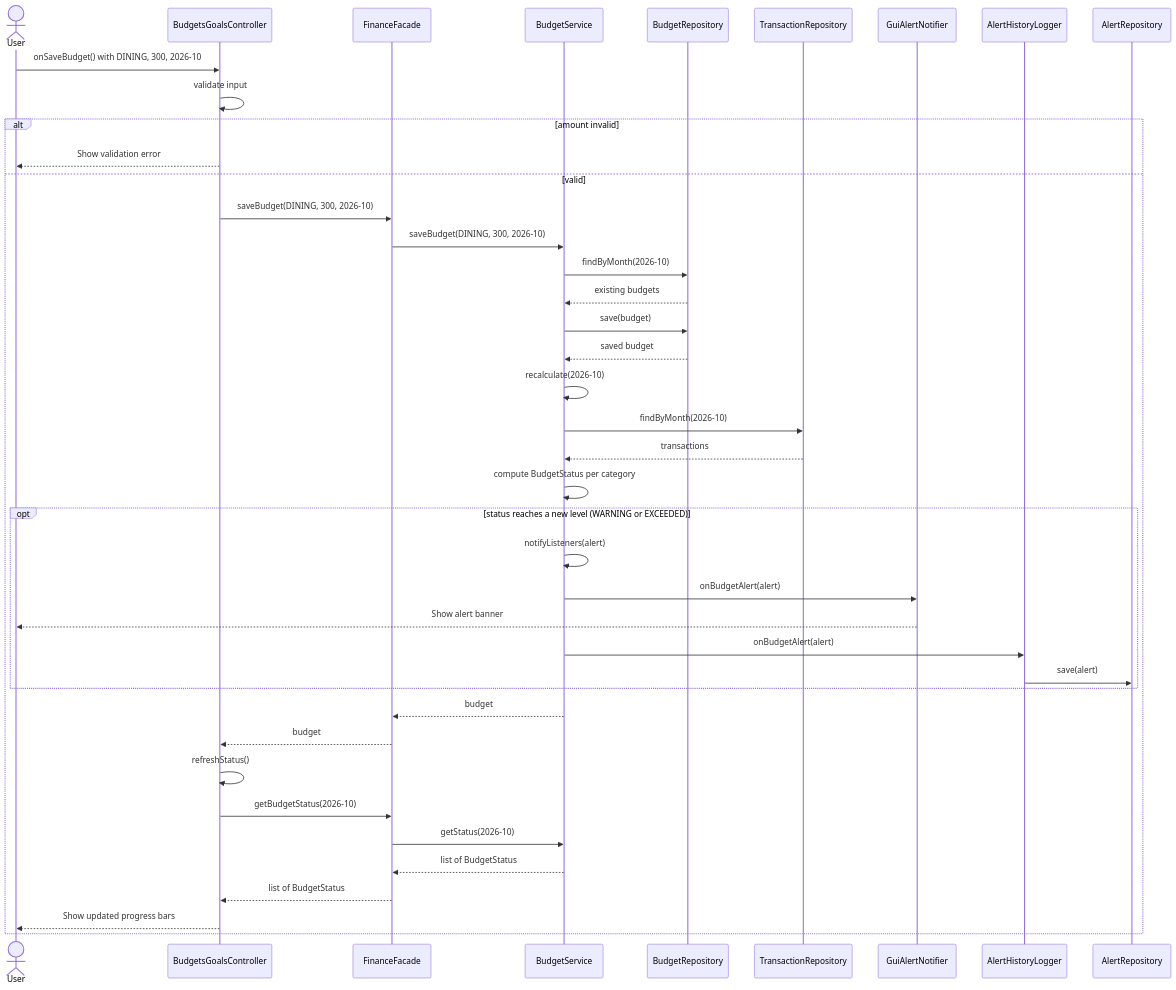
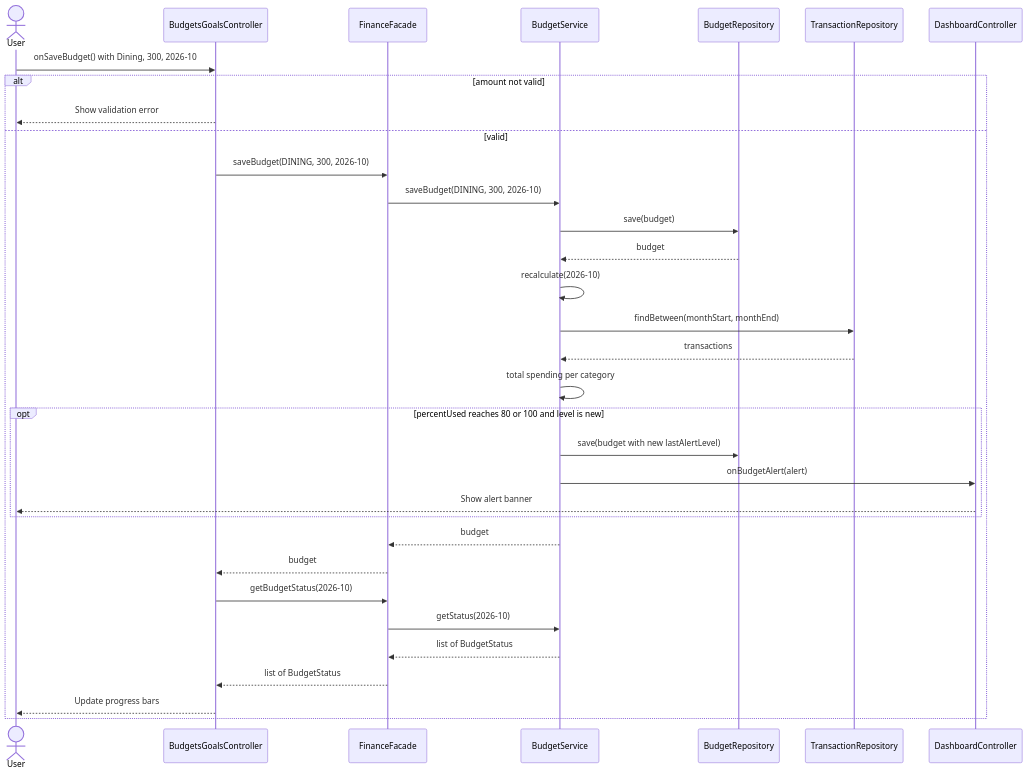
One commit to Abdi238/EECS3311-course-project changed the ninth of 12 diagrams in docs/Stage1_Report.md. Above: the diagram before and after it, drawn with Mermaid. The commit also changed other lines of this file, not shown here.

````diff
--- a/docs/Stage1_Report.md
+++ b/docs/Stage1_Report.md
@@ -1737,44 +1139,36 @@
 ```mermaid
 sequenceDiagram
     actor U as User
     participant BC as BudgetsGoalsController
     participant F as FinanceFacade
     participant BS as BudgetService
     participant BR as BudgetRepository
     participant TR as TransactionRepository
-    participant GN as GuiAlertNotifier
-    participant AL as AlertHistoryLogger
-    participant AR as AlertRepository
+    participant DC as DashboardController
 
-    U->>BC: onSaveBudget() with DINING, 300, 2026-10
-    BC->>BC: validate input
-    alt amount invalid
+    U->>BC: onSaveBudget() with Dining, 300, 2026-10
+    alt amount not valid
         BC-->>U: Show validation error
     else valid
         BC->>F: saveBudget(DINING, 300, 2026-10)
         F->>BS: saveBudget(DINING, 300, 2026-10)
-        BS->>BR: findByMonth(2026-10)
-        BR-->>BS: existing budgets
         BS->>BR: save(budget)
-        BR-->>BS: saved budget
+        BR-->>BS: budget
         BS->>BS: recalculate(2026-10)
-        BS->>TR: findByMonth(2026-10)
+        BS->>TR: findBetween(monthStart, monthEnd)
         TR-->>BS: transactions
-        BS->>BS: compute BudgetStatus per category
-        opt status reaches a new level (WARNING or EXCEEDED)
-            BS->>BS: notifyListeners(alert)
-            BS->>GN: onBudgetAlert(alert)
-            GN-->>U: Show alert banner
-            BS->>AL: onBudgetAlert(alert)
-            AL->>AR: save(alert)
+        BS->>BS: total spending per category
+        opt percentUsed reaches 80 or 100 and level is new
+            BS->>BR: save(budget with new lastAlertLevel)
+            BS->>DC: onBudgetAlert(alert)
+            DC-->>U: Show alert banner
         end
         BS-->>F: budget
         F-->>BC: budget
-        BC->>BC: refreshStatus()
         BC->>F: getBudgetStatus(2026-10)
         F->>BS: getStatus(2026-10)
         BS-->>F: list of BudgetStatus
         F-->>BC: list of BudgetStatus
-        BC-->>U: Show updated progress bars
+        BC-->>U: Update progress bars
     end
 ```
````
